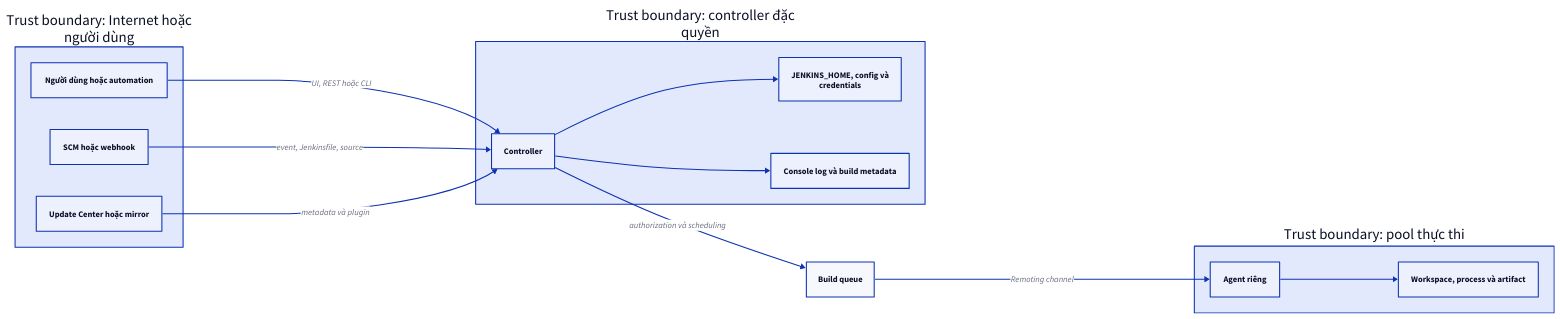
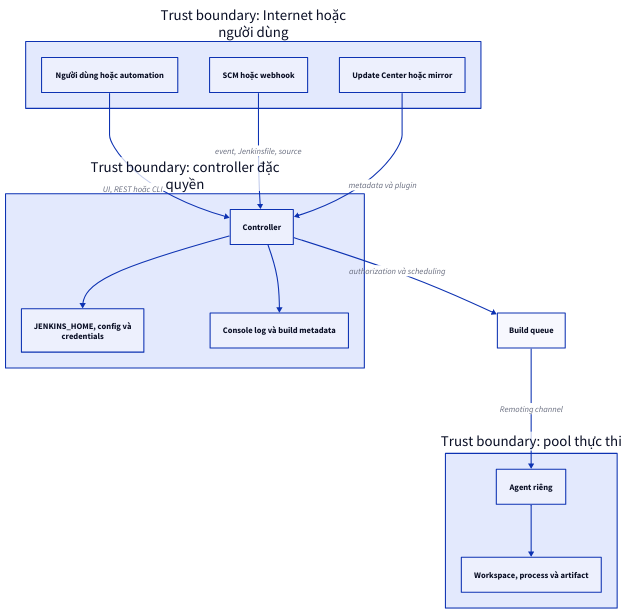
The first of 2 diagrams in content/docs/security/security-model.mdx (vanhiep99w/jenkins-learn), drawn with D2 before and after one commit. The commit also changed other lines of this file and 62 other files, not shown here.

Commit message:
fix: improve diagram layouts and inline readability

````diff
--- a/content/docs/security/security-model.mdx
+++ b/content/docs/security/security-model.mdx
@@ -54,27 +54,27 @@
-```d2 interactive title="Sơ đồ threat-model"
-direction: right
+```d2 interactive title="Sơ đồ threat-model" layout=tala
+direction: down
 E: "Build queue"
 T1: "Trust boundary: Internet hoặc\nngười dùng" {
   A: "Người dùng hoặc automation"
   C: "SCM hoặc webhook"
   D: "Update Center hoặc mirror"
 }
 T2: "Trust boundary: controller đặc\nquyền" {
   B: "Controller"
   H: "JENKINS_HOME, config và\ncredentials"
   I: "Console log và build metadata"
 }
 T3: "Trust boundary: pool thực thi" {
   F: "Agent riêng"
   G: "Workspace, process và artifact"
 }
 
 T1.A -> T2.B: "UI, REST hoặc CLI"
 T1.C -> T2.B: "event, Jenkinsfile, source"
 T1.D -> T2.B: "metadata và plugin"
 T2.B -> E: "authorization và scheduling"
 E -> T3.F: "Remoting channel"
 T3.F -> T3.G
 T2.B -> T2.H
 T2.B -> T2.I
 ```
````
